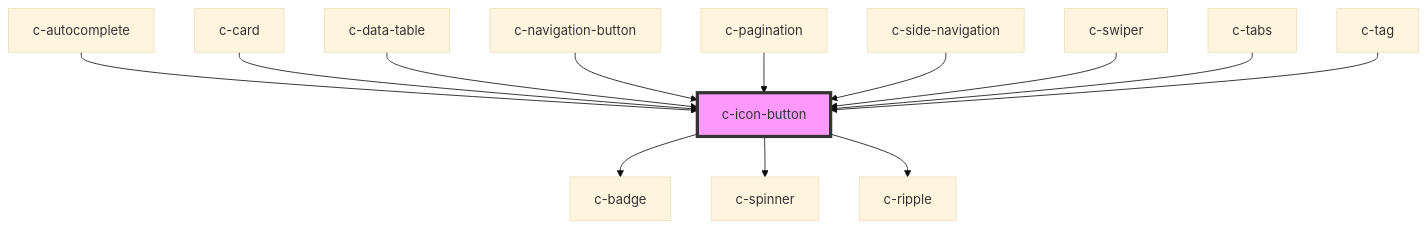
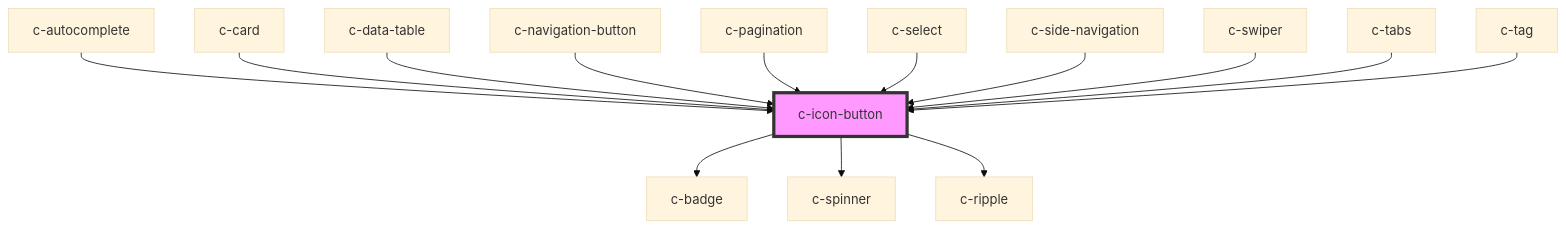
The diagram in packages/csc-ui/src/components/c-icon-button/readme.md (CSCfi/ui), drawn with Mermaid (base theme) before and after one commit. The commit also changed other lines of this file and 23 other files, not shown here.

````diff
--- a/packages/csc-ui/src/components/c-icon-button/readme.md
+++ b/packages/csc-ui/src/components/c-icon-button/readme.md
@@ -165,16 +166,17 @@
 ```mermaid
 graph TD;
   c-icon-button --> c-badge
   c-icon-button --> c-spinner
   c-icon-button --> c-ripple
   c-autocomplete --> c-icon-button
   c-card --> c-icon-button
   c-data-table --> c-icon-button
   c-navigation-button --> c-icon-button
   c-pagination --> c-icon-button
+  c-select --> c-icon-button
   c-side-navigation --> c-icon-button
   c-swiper --> c-icon-button
   c-tabs --> c-icon-button
   c-tag --> c-icon-button
   style c-icon-button fill:#f9f,stroke:#333,stroke-width:4px
 ```
````
